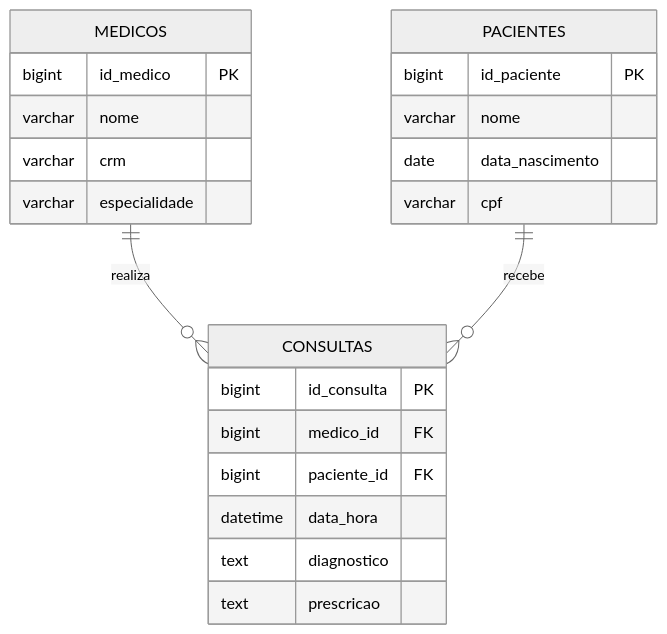
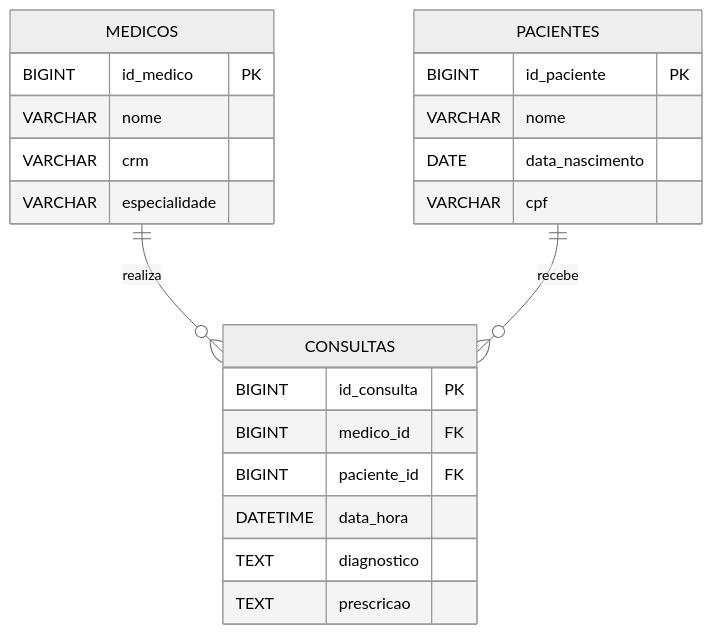
One commit to DSM-Fatec-Jahu/BDR-DSM-2026-2 changed the tenth of 13 diagrams in docs/aulas/Cardinalidade_MER_Completo.md. Above: the diagram before and after it, drawn with Mermaid (neutral theme). The commit also changed other lines of this file and 2 other files, not shown here.

First line of the commit message:
Padroniza tipos SQL em MAIÚSCULAS nos diagramas (Regra 3)

````diff
--- a/docs/aulas/Cardinalidade_MER_Completo.md
+++ b/docs/aulas/Cardinalidade_MER_Completo.md
@@ -454,28 +454,28 @@
 ```mermaid
 erDiagram
     MEDICOS {
-        bigint id_medico PK
-        varchar nome
-        varchar crm
-        varchar especialidade
+        BIGINT id_medico PK
+        VARCHAR nome
+        VARCHAR crm
+        VARCHAR especialidade
     }
 
     PACIENTES {
-        bigint id_paciente PK
-        varchar nome
-        date data_nascimento
-        varchar cpf
+        BIGINT id_paciente PK
+        VARCHAR nome
+        DATE data_nascimento
+        VARCHAR cpf
     }
 
     CONSULTAS {
-        bigint id_consulta PK
-        bigint medico_id FK
-        bigint paciente_id FK
-        datetime data_hora
-        text diagnostico
-        text prescricao
+        BIGINT id_consulta PK
+        BIGINT medico_id FK
+        BIGINT paciente_id FK
+        DATETIME data_hora
+        TEXT diagnostico
+        TEXT prescricao
     }
 
     MEDICOS ||--o{ CONSULTAS : "realiza"
     PACIENTES ||--o{ CONSULTAS : "recebe"
 ```
````
